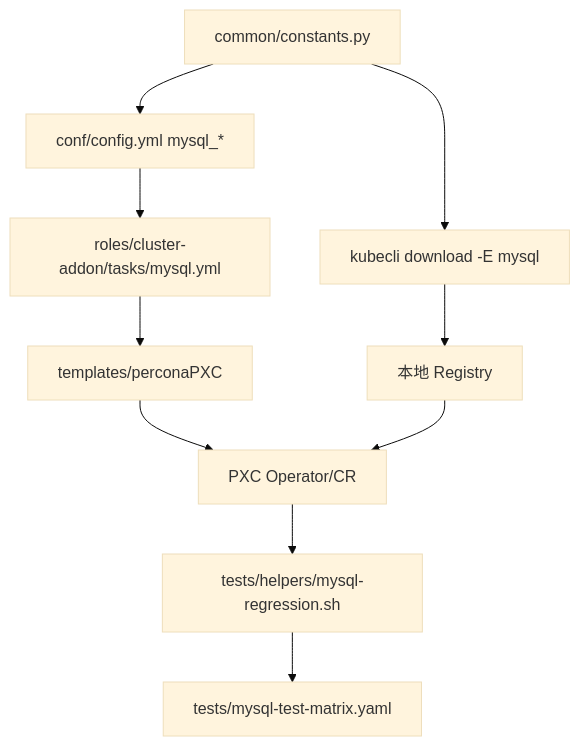
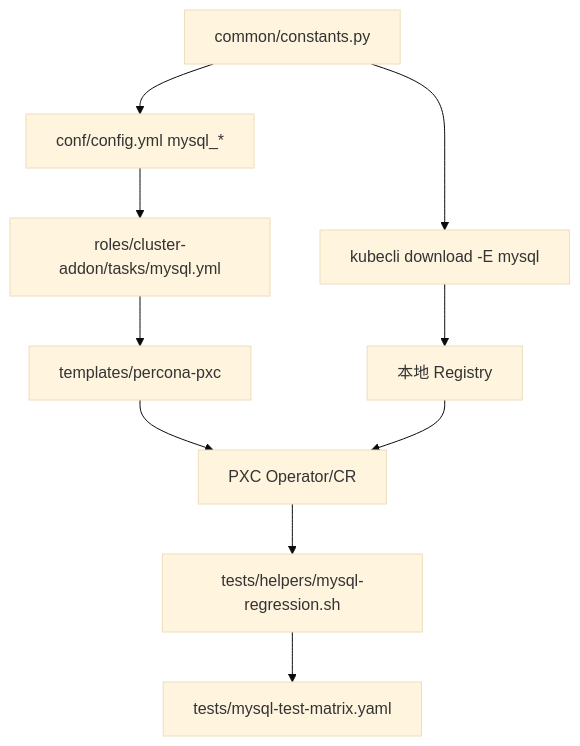
Before and after one commit to brinnatt/kubeauto: the first of 4 diagrams in docs/middleware/perconaPXC/development-manual.md, drawn with Mermaid (base theme). The commit also changed other lines of this file and 5 other files, not shown here.

Commit message:
[fix] Percona PXC reaches first delivery standard，docs align

````diff
--- a/docs/middleware/perconaPXC/development-manual.md
+++ b/docs/middleware/perconaPXC/development-manual.md
@@ -54,12 +54,12 @@
 ```mermaid
 flowchart TB
     CONST[common/constants.py] --> DOWNLOAD[kubecli download -E mysql]
     CONST --> CONFIG[conf/config.yml mysql_*]
     CONFIG --> TASK[roles/cluster-addon/tasks/mysql.yml]
-    TASK --> TEMPLATE[templates/perconaPXC]
+    TASK --> TEMPLATE[templates/percona-pxc]
     TEMPLATE --> CR[PXC Operator/CR]
     DOWNLOAD --> REG[本地 Registry]
     REG --> CR
     CR --> GATE[tests/helpers/mysql-regression.sh]
     GATE --> MATRIX[tests/mysql-test-matrix.yaml]
 ```
````
